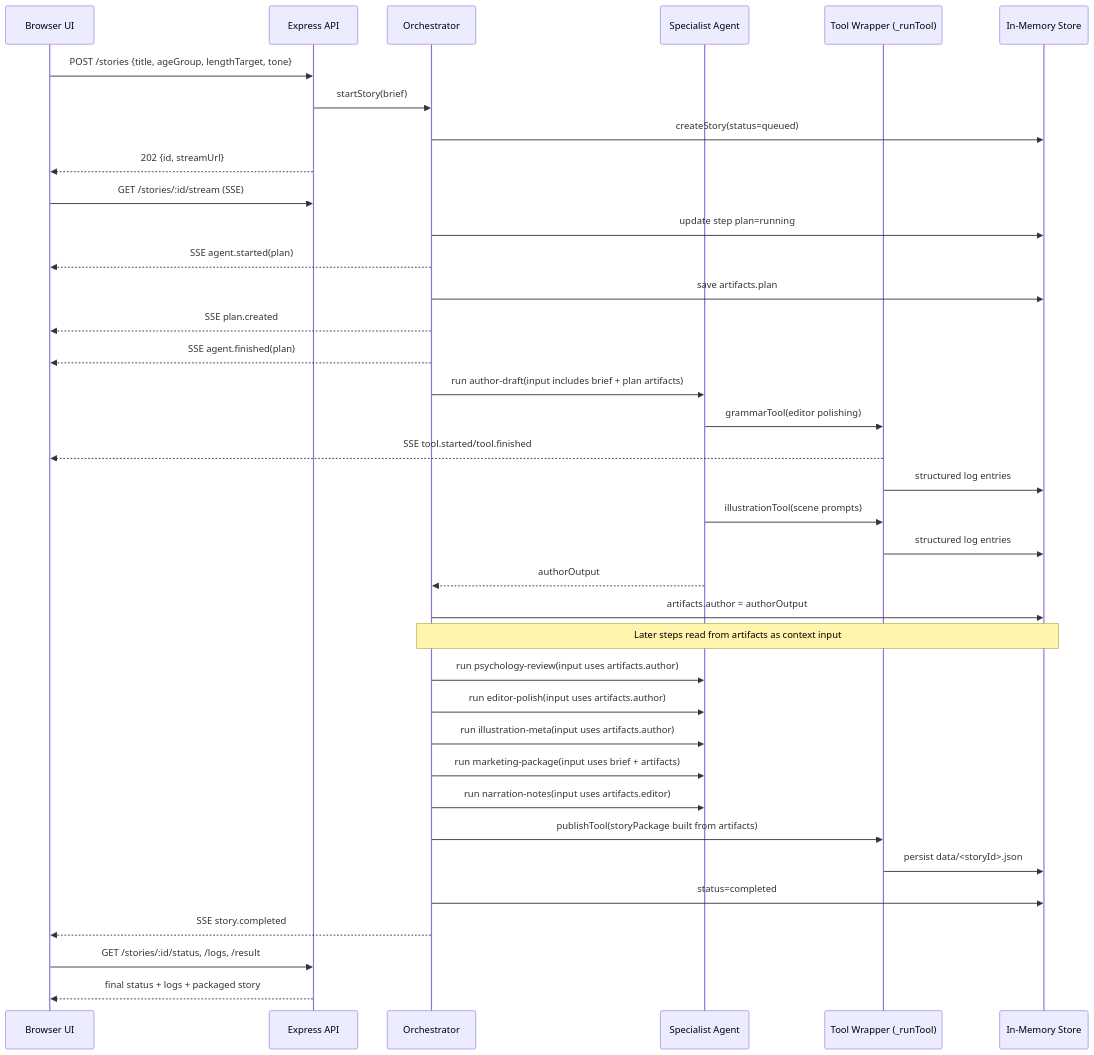
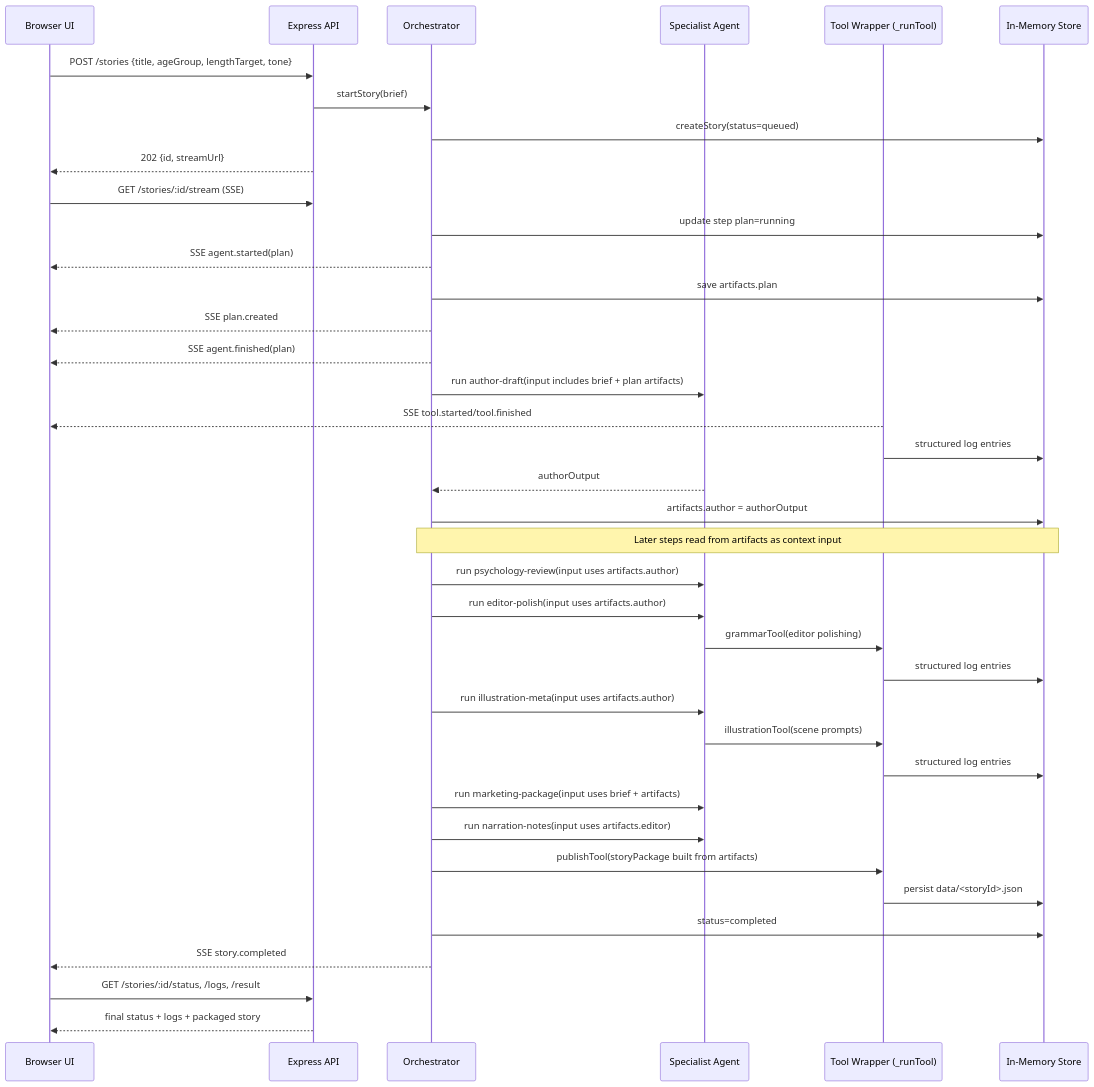
One commit to johntango/ChildrenStory changed the diagram in README.md. Above: the diagram before and after it, drawn with Mermaid. The commit also changed other lines of this file and 10 other files, not shown here.

````diff
--- a/README.md
+++ b/README.md
@@ -113,45 +153,46 @@
 ```mermaid
 sequenceDiagram
   participant UI as Browser UI
   participant API as Express API
   participant ORCH as Orchestrator
   participant AG as Specialist Agent
   participant TOOL as Tool Wrapper (_runTool)
   participant STORE as In-Memory Store
 
   UI->>API: POST /stories {title, ageGroup, lengthTarget, tone}
   API->>ORCH: startStory(brief)
   ORCH->>STORE: createStory(status=queued)
   API-->>UI: 202 {id, streamUrl}
   UI->>API: GET /stories/:id/stream (SSE)
 
   ORCH->>STORE: update step plan=running
   ORCH-->>UI: SSE agent.started(plan)
   ORCH->>STORE: save artifacts.plan
   ORCH-->>UI: SSE plan.created
   ORCH-->>UI: SSE agent.finished(plan)
 
   ORCH->>AG: run author-draft(input includes brief + plan artifacts)
-  AG->>TOOL: grammarTool(editor polishing)
   TOOL-->>UI: SSE tool.started/tool.finished
-  TOOL->>STORE: structured log entries
-  AG->>TOOL: illustrationTool(scene prompts)
   TOOL->>STORE: structured log entries
   AG-->>ORCH: authorOutput
   ORCH->>STORE: artifacts.author = authorOutput
 
   Note over ORCH,STORE: Later steps read from artifacts as context input
   ORCH->>AG: run psychology-review(input uses artifacts.author)
   ORCH->>AG: run editor-polish(input uses artifacts.author)
+  AG->>TOOL: grammarTool(editor polishing)
+  TOOL->>STORE: structured log entries
   ORCH->>AG: run illustration-meta(input uses artifacts.author)
+  AG->>TOOL: illustrationTool(scene prompts)
+  TOOL->>STORE: structured log entries
   ORCH->>AG: run marketing-package(input uses brief + artifacts)
   ORCH->>AG: run narration-notes(input uses artifacts.editor)
 
   ORCH->>TOOL: publishTool(storyPackage built from artifacts)
   TOOL->>STORE: persist data/<storyId>.json
   ORCH->>STORE: status=completed
   ORCH-->>UI: SSE story.completed
 
   UI->>API: GET /stories/:id/status, /logs, /result
   API-->>UI: final status + logs + packaged story
 ```
````
